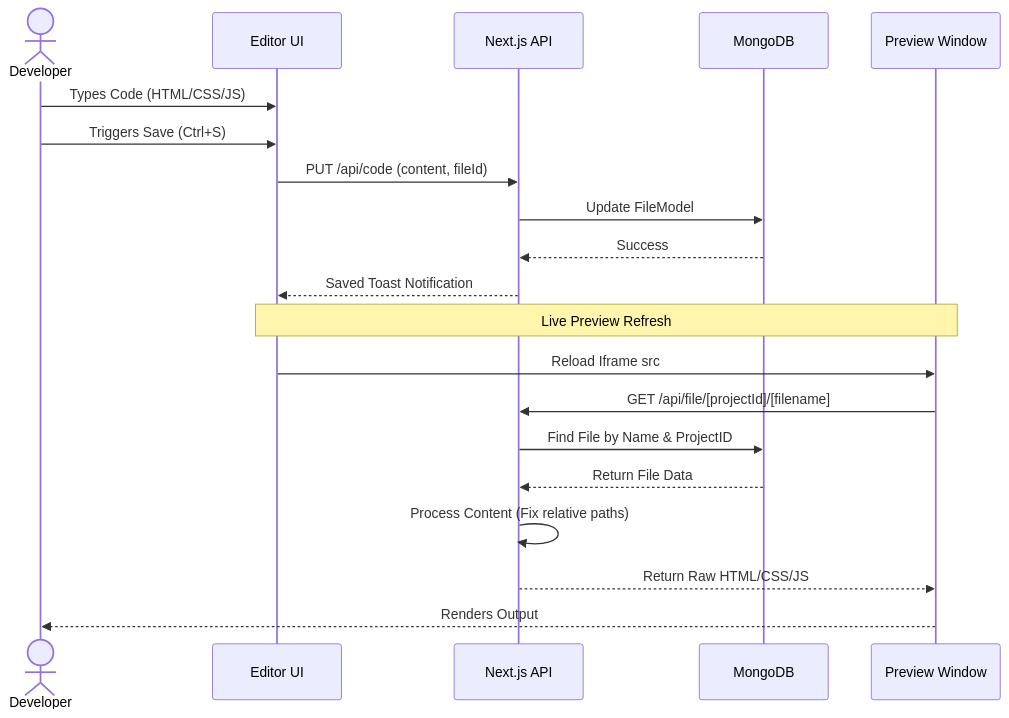
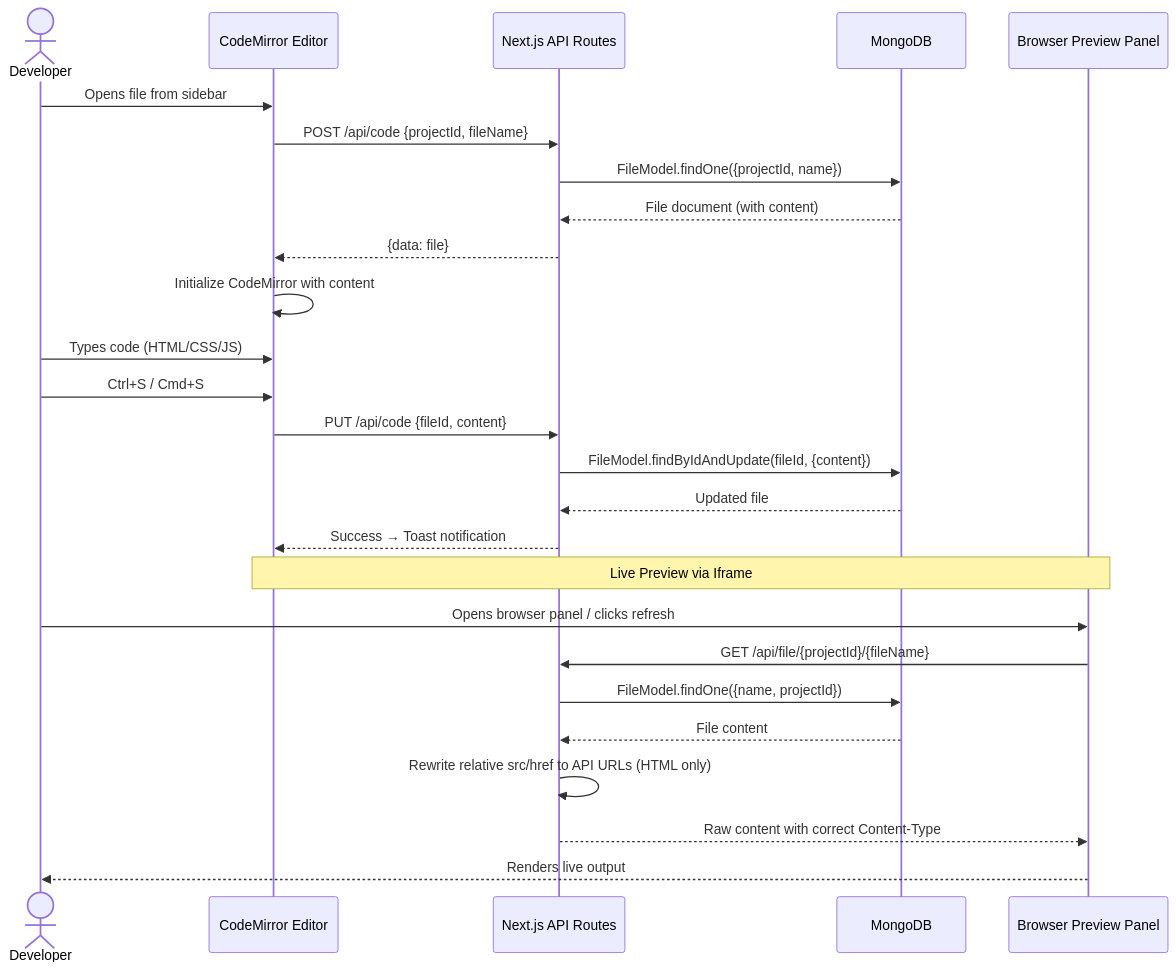
One commit to Ujjwalprajapati16/PixelIDE changed the first of 4 diagrams in README.md. Above: the diagram before and after it, drawn with Mermaid. The commit also changed other lines of this file and 1 other file, not shown here.

Commit message:
docs: replace ASCII architecture diagrams with Mermaid charts and update feature descriptions in README

````diff
--- a/README.md
+++ b/README.md
@@ -22,25 +24,32 @@
 ```mermaid
 sequenceDiagram
     actor Dev as Developer
-    participant Client as Editor UI
-    participant API as Next.js API
+    participant Editor as CodeMirror Editor
+    participant API as Next.js API Routes
     participant DB as MongoDB
-    participant Iframe as Preview Window
+    participant Iframe as Browser Preview Panel
 
-    Dev->>Client: Types Code (HTML/CSS/JS)
-    Dev->>Client: Triggers Save (Ctrl+S)
-    Client->>API: PUT /api/code (content, fileId)
-    API->>DB: Update FileModel
-    DB-->>API: Success
-    API-->>Client: Saved Toast Notification
+    Dev->>Editor: Opens file from sidebar
+    Editor->>API: POST /api/code {projectId, fileName}
+    API->>DB: FileModel.findOne({projectId, name})
+    DB-->>API: File document (with content)
+    API-->>Editor: {data: file}
+    Editor->>Editor: Initialize CodeMirror with content
 
-    Note over Client, Iframe: Live Preview Refresh
-    
-    Client->>Iframe: Reload Iframe src
-    Iframe->>API: GET /api/file/[projectId]/[filename]
-    API->>DB: Find File by Name & ProjectID
-    DB-->>API: Return File Data
-    API->>API: Process Content (Fix relative paths)
-    API-->>Iframe: Return Raw HTML/CSS/JS
-    Iframe-->>Dev: Renders Output
+    Dev->>Editor: Types code (HTML/CSS/JS)
+    Dev->>Editor: Ctrl+S / Cmd+S
+    Editor->>API: PUT /api/code {fileId, content}
+    API->>DB: FileModel.findByIdAndUpdate(fileId, {content})
+    DB-->>API: Updated file
+    API-->>Editor: Success → Toast notification
+
+    Note over Editor, Iframe: Live Preview via Iframe
+
+    Dev->>Iframe: Opens browser panel / clicks refresh
+    Iframe->>API: GET /api/file/{projectId}/{fileName}
+    API->>DB: FileModel.findOne({name, projectId})
+    DB-->>API: File content
+    API->>API: Rewrite relative src/href to API URLs (HTML only)
+    API-->>Iframe: Raw content with correct Content-Type
+    Iframe-->>Dev: Renders live output
 ```
````
